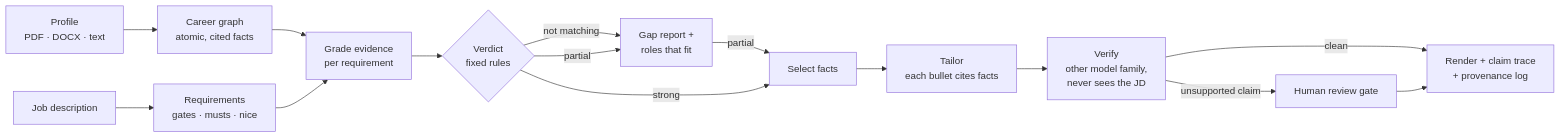
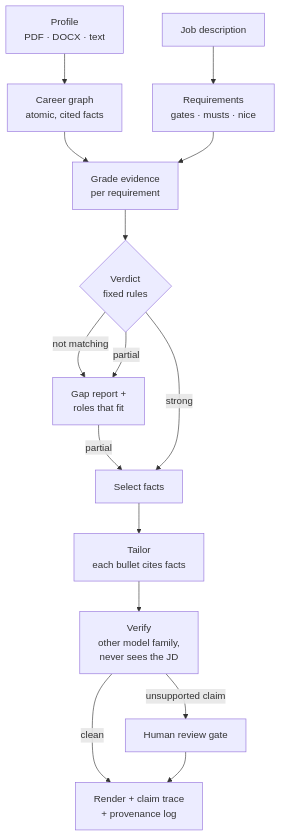
Before and after one commit to MkRafa/resume-agent: the diagram in README.md, drawn with Mermaid.

Commit message:
README: draw the pipeline top-down so its labels are legible
Left-to-right, thirteen nodes scaled to page width and the text became
unreadable.

````diff
--- a/README.md
+++ b/README.md
@@ -32,17 +32,17 @@
 ```mermaid
-flowchart LR
+flowchart TD
   P["Profile<br/>PDF · DOCX · text"] --> G["Career graph<br/>atomic, cited facts"]
   J["Job description"] --> Q["Requirements<br/>gates · musts · nice"]
   G --> M["Grade evidence<br/>per requirement"]
   Q --> M
   M --> V{"Verdict<br/>fixed rules"}
   V -- "not matching" --> X["Gap report +<br/>roles that fit"]
   V -- "partial" --> X
   X -- "partial" --> S
   V -- "strong" --> S["Select facts"]
   S --> T["Tailor<br/>each bullet cites facts"]
   T --> F["Verify<br/>other model family,<br/>never sees the JD"]
   F -- "unsupported claim" --> H["Human review gate"]
   F -- "clean" --> R["Render + claim trace<br/>+ provenance log"]
   H --> R
 ```
````
